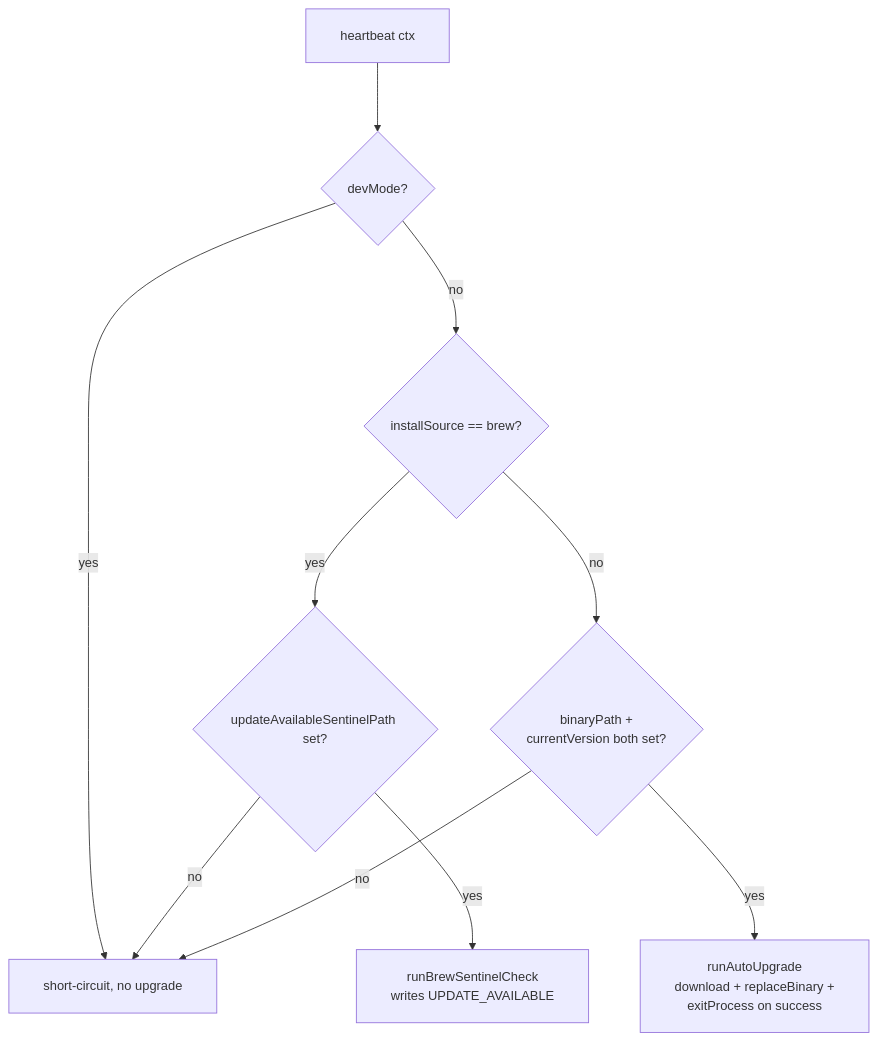
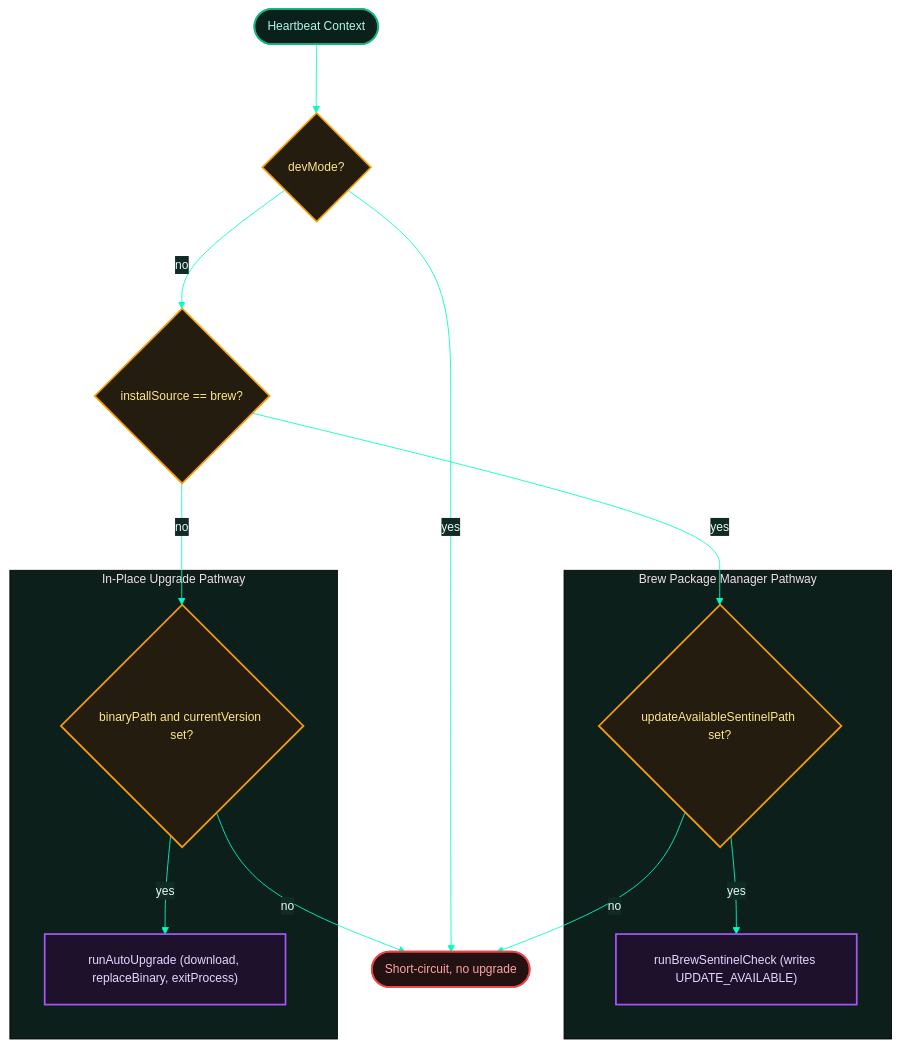
One commit to proxai/proxai_gateway changed the second of 3 diagrams in docs/04-daemon-loops/4.3-heartbeat-cycle.md. Above: the diagram before and after it, drawn with Mermaid. The commit also changed other lines of this file and 65 other files, not shown here.

````diff
--- a/docs/04-daemon-loops/4.3-heartbeat-cycle.md
+++ b/docs/04-daemon-loops/4.3-heartbeat-cycle.md
@@ -65,13 +99,46 @@
 ```mermaid
-%%{init: {'flowchart': {'useMaxWidth': false, 'htmlLabels': true, 'curve': 'basis', 'nodeSpacing': 60, 'rankSpacing': 80, 'padding': 20}, 'sequence': {'useMaxWidth': false, 'mirrorActors': false, 'actorMargin': 100, 'messageMargin': 50, 'boxMargin': 20, 'wrap': true}, 'stateDiagram': {'useMaxWidth': false, 'nodeSpacing': 60, 'rankSpacing': 80}, 'themeVariables': {'fontSize': '15px'}}}%%
+%%{init: { 'flowchart': { 'useMaxWidth': false, 'htmlLabels': true, 'curve': 'basis', 'nodeSpacing': 60, 'rankSpacing': 80, 'padding': 20 }, 'theme': 'base', 'themeVariables': { 'background': '#081612', 'primaryColor': '#081612', 'primaryTextColor': '#e2f8f5', 'primaryBorderColor': '#00ffc4', 'lineColor': '#00ffc4', 'secondaryColor': '#122a24', 'tertiaryColor': '#0d1f1a', 'fontSize': '14px' } }}%%
 flowchart TD
-  ctx[heartbeat ctx] --> dev{devMode?}
-  dev -->|yes| skip[short-circuit, no upgrade]
-  dev -->|no| brew{installSource == brew?}
-  brew -->|yes| sentinelPath{updateAvailableSentinelPath set?}
-  sentinelPath -->|yes| sentinelWrite[runBrewSentinelCheck<br/>writes UPDATE_AVAILABLE]
+  classDef startNode fill:#0a201b,stroke:#10b981,stroke-width:2px,color:#b3f5e6;
+  classDef stopNode fill:#241212,stroke:#ef4444,stroke-width:2px,color:#fca5a5;
+  classDef decNode fill:#241c0e,stroke:#f59e0b,stroke-width:2px,color:#fde68a;
+  classDef processNode fill:#0d1b2d,stroke:#3b82f6,stroke-width:2px,color:#bfdbfe;
+  classDef actionNode fill:#1e112c,stroke:#a855f7,stroke-width:2px,color:#e9d5ff;
+  classDef default fill:#0a201b,stroke:#14b8a6,stroke-width:2px,color:#ccfbf1;
+
+  ctx([Heartbeat Context])
+  dev{devMode?}
+  brew{installSource == brew?}
+  skip([Short-circuit, no upgrade])
+
+  subgraph BrewBranch ["Brew Package Manager Pathway"]
+    sentinelPath{"updateAvailableSentinelPath set?"}
+    sentinelWrite["runBrewSentinelCheck (writes UPDATE_AVAILABLE)"]
+  end
+
+  subgraph InPlaceBranch ["In-Place Upgrade Pathway"]
+    inPlace{"binaryPath and currentVersion set?"}
+    download["runAutoUpgrade (download, replaceBinary, exitProcess)"]
+  end
+
+  ctx --> dev
+  dev -->|yes| skip
+  dev -->|no| brew
+
+  brew -->|yes| sentinelPath
+  sentinelPath -->|yes| sentinelWrite
   sentinelPath -->|no| skip
-  brew -->|no| inPlace{binaryPath +<br/>currentVersion both set?}
-  inPlace -->|yes| download[runAutoUpgrade<br/>download + replaceBinary +<br/>exitProcess on success]
+
+  brew -->|no| inPlace
+  inPlace -->|yes| download
   inPlace -->|no| skip
+
+  class ctx startNode;
+  class skip stopNode;
+  class dev decNode;
+  class brew decNode;
+  class sentinelPath decNode;
+  class inPlace decNode;
+  class sentinelWrite actionNode;
+  class download actionNode;
 ```
````
